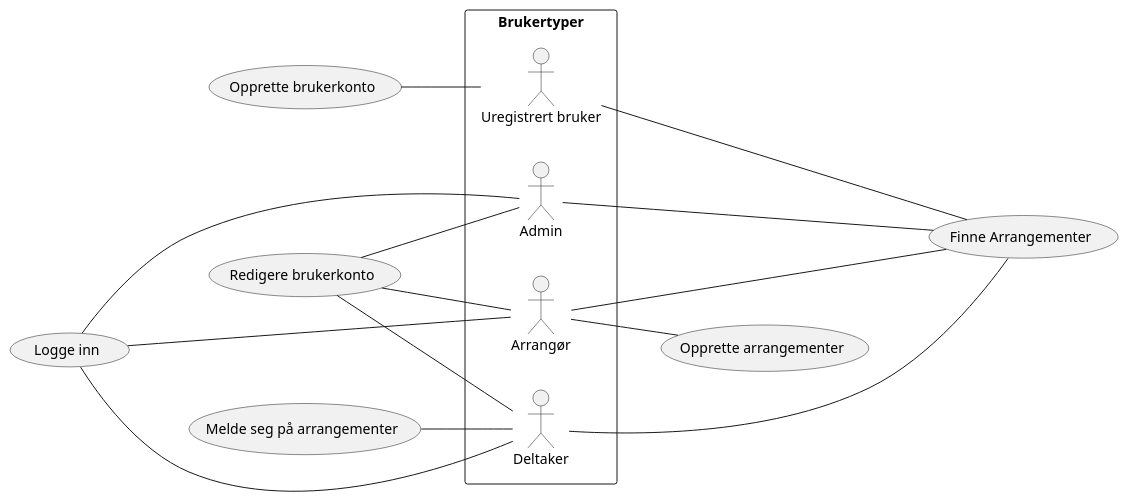
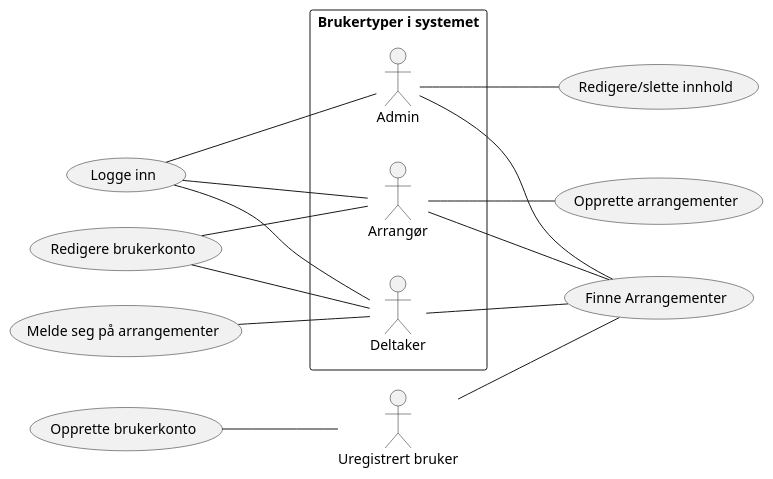
The diagram in diagrammer/use cases/overordnet.puml (GossipDolphin/software_prosjekt_18), drawn with PlantUML before and after one commit.

Commit message:
Oppdatert use case. Lagt til "redigere/slette innhold" som en case. Ryddet i struktur.

```diff
--- a/diagrammer/use cases/overordnet.puml
+++ b/diagrammer/use cases/overordnet.puml
@@ -1,31 +1,33 @@
 @startuml
 left to right direction
 
-rectangle Brukertyper{
+:Uregistrert bruker: as Uregistrert
+
+rectangle "Brukertyper i systemet"{
 
     :Deltaker:
     :Arrangør:
     :Admin:
-    :Uregistrert bruker: as Uregistrert
 
 }
 
-Admin --- (Finne Arrangementer)
-Arrangør --- (Finne Arrangementer)
-Deltaker --- (Finne Arrangementer)
-Uregistrert --- (Finne Arrangementer)
+Admin -- (Finne Arrangementer)
+Arrangør -- (Finne Arrangementer)
+Deltaker -- (Finne Arrangementer)
+Uregistrert -- (Finne Arrangementer)
+
+(Redigere/slette innhold) -up- Admin
 
 (Redigere brukerkonto) -- Deltaker
 (Redigere brukerkonto) -- Arrangør
-(Redigere brukerkonto) -- Admin
 (Opprette brukerkonto) -- Uregistrert
 
-(Logge inn) --- Deltaker
-(Logge inn) --- Arrangør
-(Logge inn) --- Admin
+(Logge inn) -- Deltaker
+(Logge inn) -- Arrangør
+(Logge inn) -- Admin
 
 (Melde seg på arrangementer) -- Deltaker
 
 Arrangør -- (Opprette arrangementer)
 
 @enduml
```
